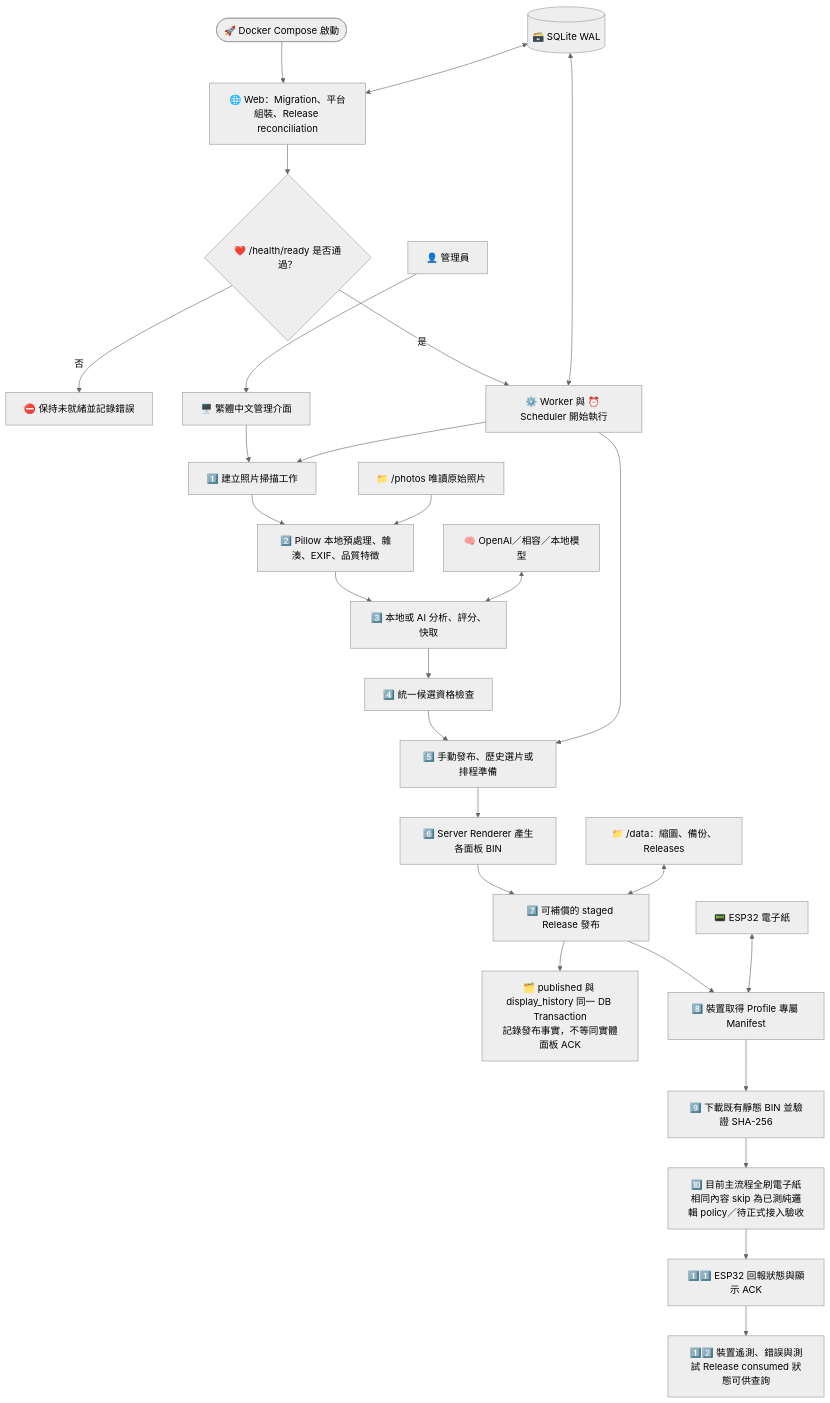
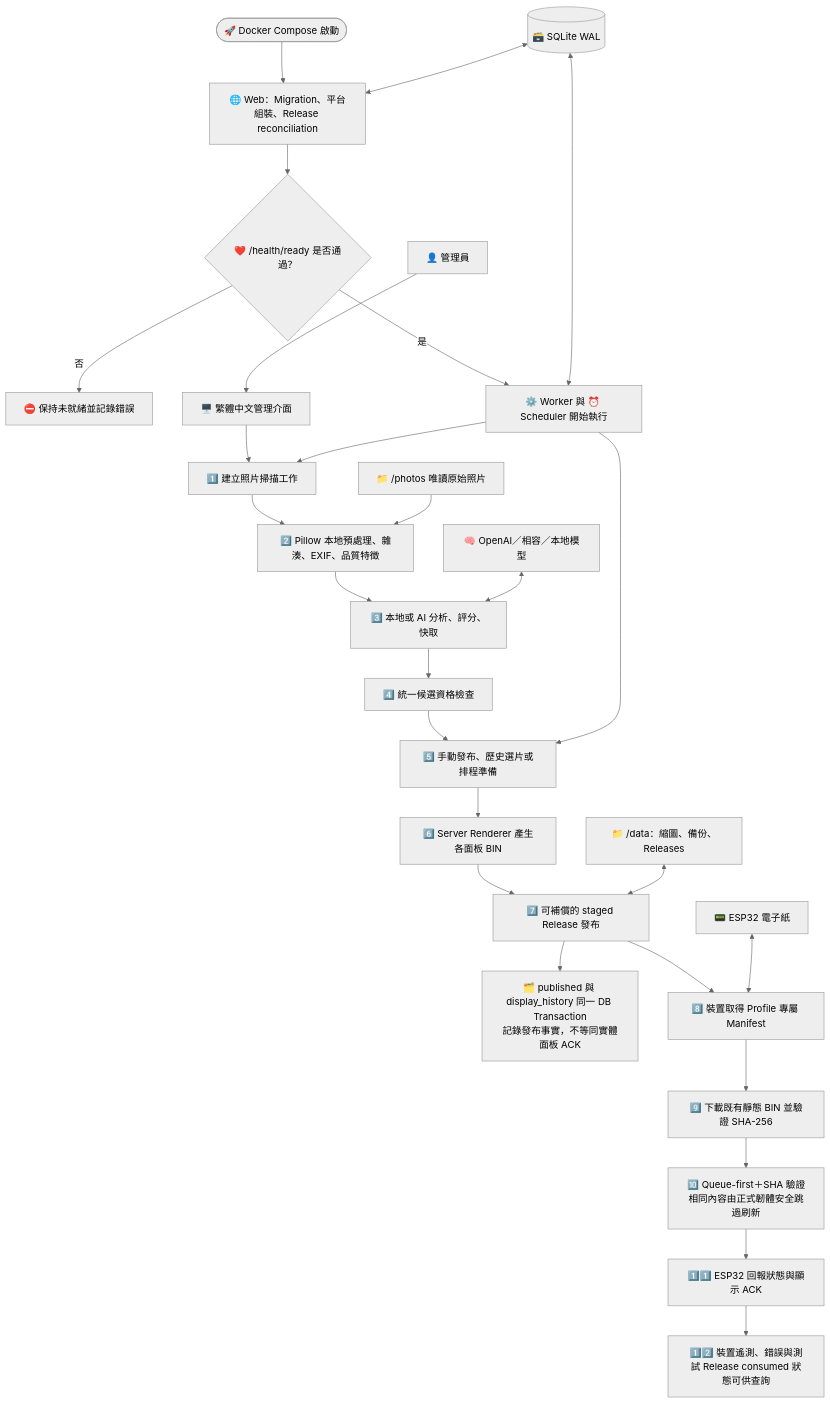
One commit to steven87090799/InkTime changed the second of 15 diagrams in README.md. Above: the diagram before and after it, drawn with Mermaid (neutral theme). The commit also changed other lines of this file and 13 other files, not shown here.

````diff
--- a/README.md
+++ b/README.md
@@ -87,31 +87,31 @@
 ```mermaid
 flowchart TD
     START(["🚀 Docker Compose 啟動"]) --> WEB["🌐 Web：Migration、平台組裝、Release reconciliation"]
     WEB --> READY{"❤️ /health/ready 是否通過？"}
     READY -->|否| STOP["⛔ 保持未就緒並記錄錯誤"]
     READY -->|是| PROCESSES["⚙️ Worker 與 ⏰ Scheduler 開始執行"]
 
     USER["👤 管理員"] --> UI["🖥️ 繁體中文管理介面"]
     UI --> SCAN["1️⃣ 建立照片掃描工作"]
     SCAN --> PREPROCESS["2️⃣ Pillow 本地預處理、雜湊、EXIF、品質特徵"]
     PREPROCESS --> ANALYZE["3️⃣ 本地或 AI 分析、評分、快取"]
     ANALYZE --> ELIGIBLE["4️⃣ 統一候選資格檢查"]
     ELIGIBLE --> SCHEDULE["5️⃣ 手動發布、歷史選片或排程準備"]
     SCHEDULE --> RENDER["6️⃣ Server Renderer 產生各面板 BIN"]
     RENDER --> RELEASE["7️⃣ 可補償的 staged Release 發布"]
     RELEASE --> HISTORY["🗂️ published 與 display_history 同一 DB Transaction<br/>記錄發布事實，不等同實體面板 ACK"]
     RELEASE --> MANIFEST["8️⃣ 裝置取得 Profile 專屬 Manifest"]
     MANIFEST --> DOWNLOAD["9️⃣ 下載既有靜態 BIN 並驗證 SHA-256"]
-    DOWNLOAD --> DISPLAY["🔟 目前主流程全刷電子紙<br/>相同內容 skip 為已測純邏輯 policy／待正式接入驗收"]
+    DOWNLOAD --> DISPLAY["🔟 Queue-first＋SHA 驗證<br/>相同內容由正式韌體安全跳過刷新"]
     DISPLAY --> ACK["1️⃣1️⃣ ESP32 回報狀態與顯示 ACK"]
     ACK --> TELEMETRY["1️⃣2️⃣ 裝置遙測、錯誤與測試 Release consumed 狀態可供查詢"]
 
     PROCESSES --> SCAN
     PROCESSES --> SCHEDULE
     DB[("🗃️ SQLite WAL")] <--> WEB
     DB <--> PROCESSES
     PHOTOS["📁 /photos 唯讀原始照片"] --> PREPROCESS
     DATA["📁 /data：縮圖、備份、Releases"] <--> RELEASE
     MODEL["🧠 OpenAI／相容／本地模型"] <--> ANALYZE
     DEVICE["📟 ESP32 電子紙"] <--> MANIFEST
 ```
````
